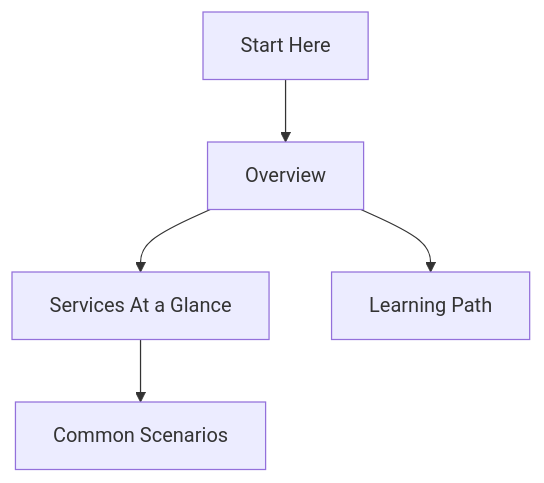
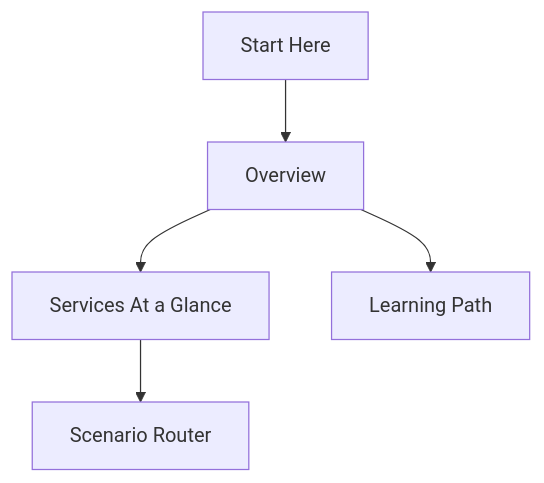
The diagram in docs/index.md (yeongseon/azure-storage-practical-guide), drawn with Mermaid before and after one commit. The commit also changed other lines of this file and 7 other files, not shown here.

First line of the commit message:
docs(scenario-router): add unified scenario-router.md aligning with series-wide start-here shape

````diff
--- a/docs/index.md
+++ b/docs/index.md
@@ -27,7 +27,7 @@
 ```mermaid
 graph TD
     Start[Start Here] --> Overview[Overview]
     Overview --> Comparison[Services At a Glance]
     Overview --> Path[Learning Path]
-    Comparison --> Scenarios[Common Scenarios]
+    Comparison --> Scenarios[Scenario Router]
 ```
````
